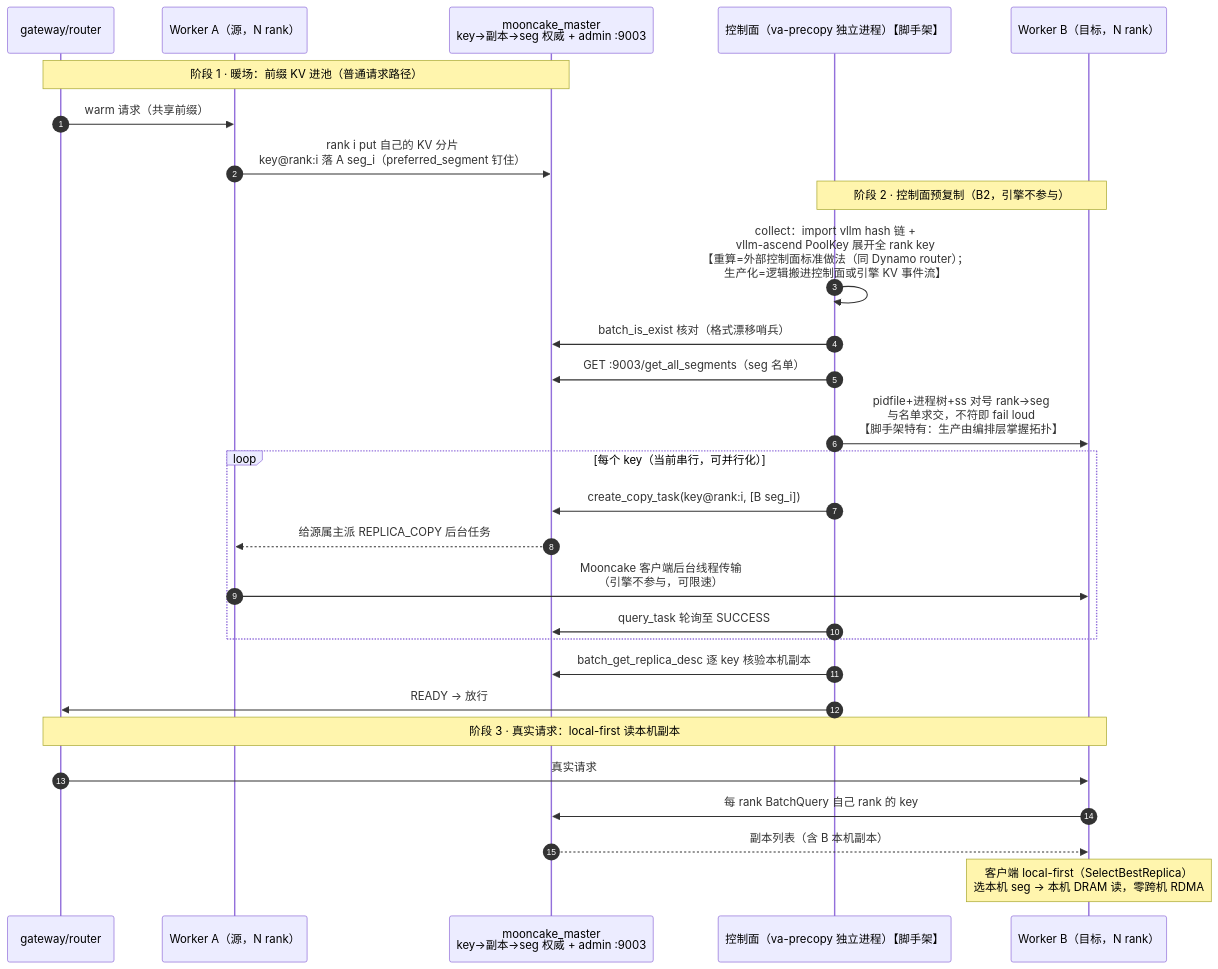
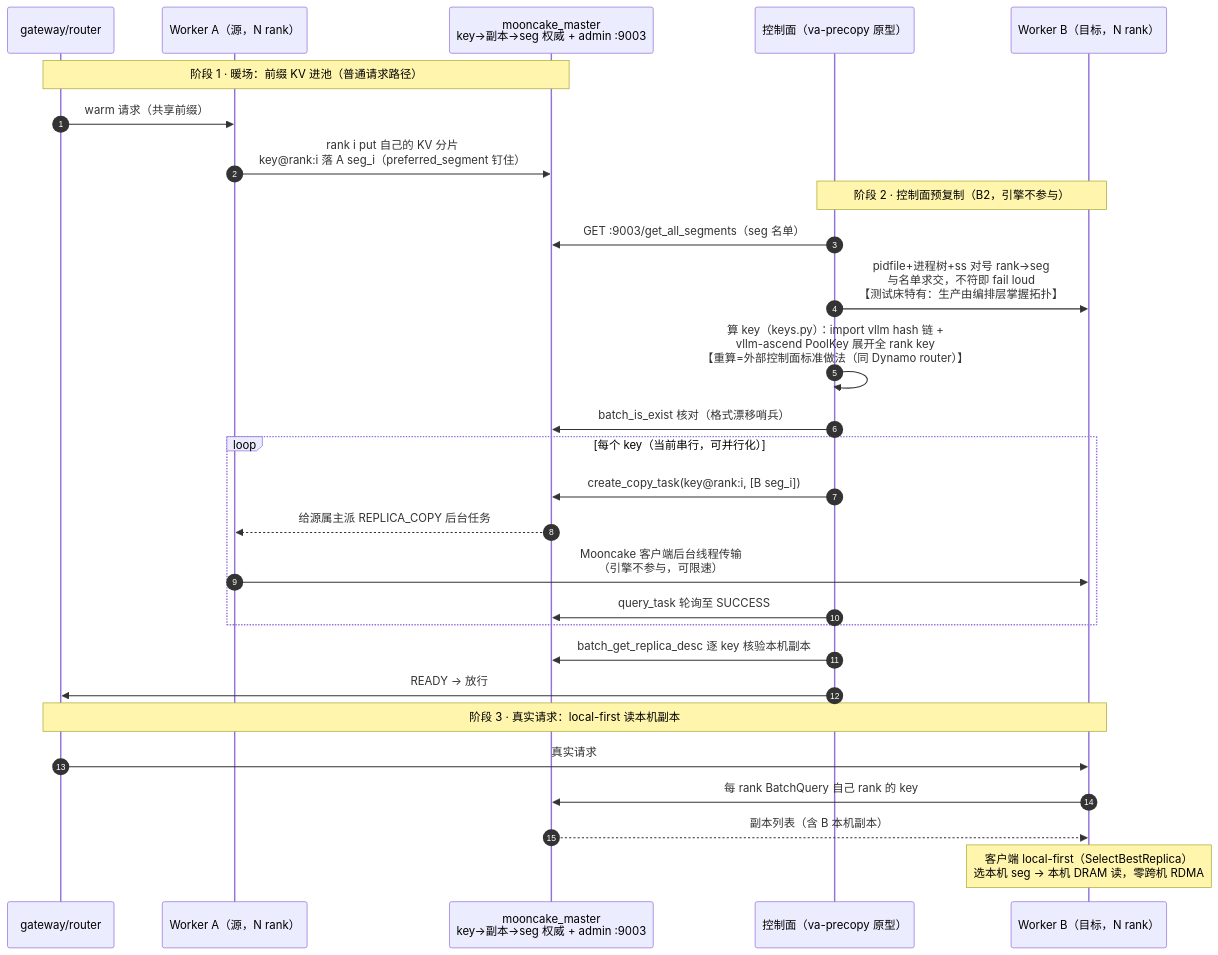
Before and after one commit to 5x8-40/lake: the first of 2 diagrams in va-precopy/README.md, drawn with Mermaid. The commit also changed 6 other files, not shown here.

First line of the commit message:
refactor(va-precopy): 整体评审整改——顺序/守卫/去重/mermaid 一致性

````diff
--- a/va-precopy/README.md
+++ b/va-precopy/README.md
@@ -87,33 +87,33 @@
 ```mermaid
 sequenceDiagram
     autonumber
     participant G as gateway/router
     participant A as Worker A（源，N rank）
     participant M as mooncake_master<br/>key→副本→seg 权威 + admin :9003
-    participant CP as 控制面（va-precopy 独立进程）【脚手架】
+    participant CP as 控制面（va-precopy 原型）
     participant B as Worker B（目标，N rank）
 
     Note over G,M: 阶段 1 · 暖场：前缀 KV 进池（普通请求路径）
     G->>A: warm 请求（共享前缀）
     A->>M: rank i put 自己的 KV 分片<br/>key@rank:i 落 A seg_i（preferred_segment 钉住）
 
     Note over CP,B: 阶段 2 · 控制面预复制（B2，引擎不参与）
-    CP->>CP: collect：import vllm hash 链 +<br/>vllm-ascend PoolKey 展开全 rank key<br/>【重算=外部控制面标准做法（同 Dynamo router）；<br/>生产化=逻辑搬进控制面或引擎 KV 事件流】
+    CP->>M: GET :9003/get_all_segments（seg 名单）
+    CP->>B: pidfile+进程树+ss 对号 rank→seg<br/>与名单求交，不符即 fail loud<br/>【测试床特有：生产由编排层掌握拓扑】
+    CP->>CP: 算 key（keys.py）：import vllm hash 链 +<br/>vllm-ascend PoolKey 展开全 rank key<br/>【重算=外部控制面标准做法（同 Dynamo router）】
     CP->>M: batch_is_exist 核对（格式漂移哨兵）
-    CP->>M: GET :9003/get_all_segments（seg 名单）
-    CP->>B: pidfile+进程树+ss 对号 rank→seg<br/>与名单求交，不符即 fail loud<br/>【脚手架特有：生产由编排层掌握拓扑】
     loop 每个 key（当前串行，可并行化）
         CP->>M: create_copy_task(key@rank:i, [B seg_i])
         M-->>A: 给源属主派 REPLICA_COPY 后台任务
         A->>B: Mooncake 客户端后台线程传输<br/>（引擎不参与，可限速）
         CP->>M: query_task 轮询至 SUCCESS
     end
     CP->>M: batch_get_replica_desc 逐 key 核验本机副本
     CP->>G: READY → 放行
 
     Note over G,B: 阶段 3 · 真实请求：local-first 读本机副本
     G->>B: 真实请求
     B->>M: 每 rank BatchQuery 自己 rank 的 key
     M-->>B: 副本列表（含 B 本机副本）
     Note over B: 客户端 local-first（SelectBestReplica）<br/>选本机 seg → 本机 DRAM 读，零跨机 RDMA
 ```
````
